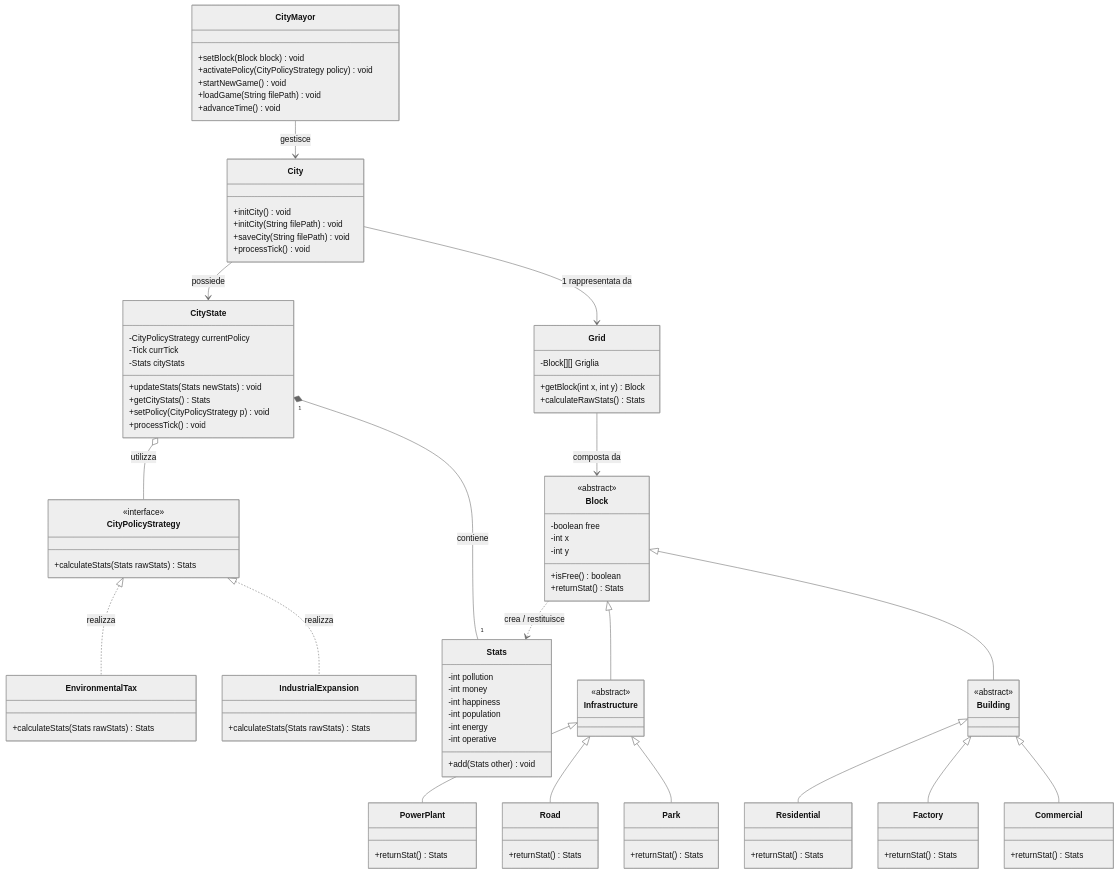
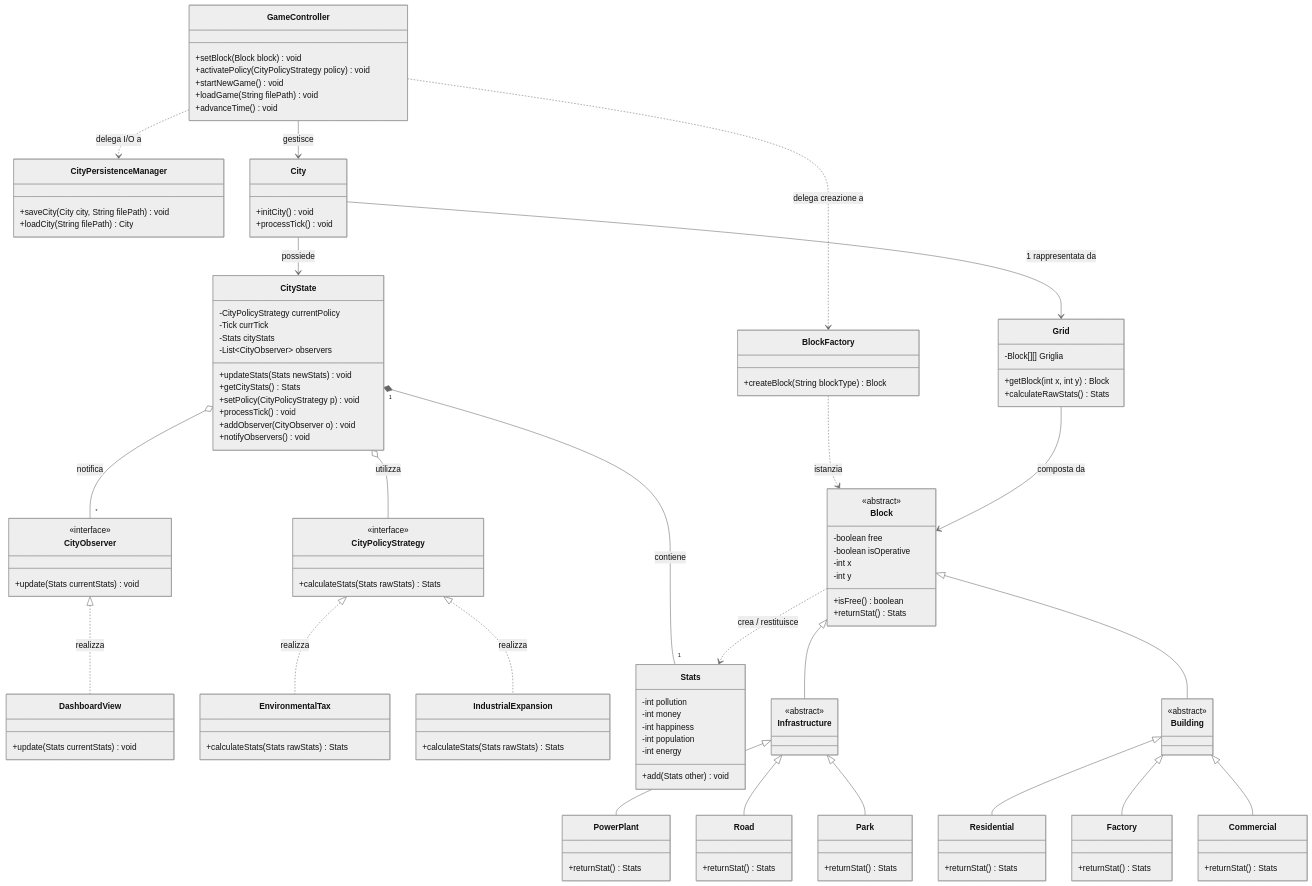
One commit to LucaGea/Amatriciana changed the diagram in design.md. Above: the diagram before and after it, drawn with Mermaid (neutral theme).

```diff
--- a/design.md
+++ b/design.md
@@ -6,8 +6,7 @@
     %% 1. DEFINIZIONE CLASSI E INTERFACCE
     %% ==========================================
 
-    
-    class CityMayor {
+    class GameController {
         +setBlock(Block block) void
         +activatePolicy(CityPolicyStrategy policy) void
         +startNewGame() void
@@ -15,20 +14,40 @@
         +advanceTime() void
     }
 
+    class BlockFactory {
+        +createBlock(String blockType) Block
+    }
+
+    class CityPersistenceManager {
+        +saveCity(City city, String filePath) void
+        +loadCity(String filePath) City
+    }
+
+    class CityObserver {
+        <<interface>>
+        +update(Stats currentStats) void
+    }
+
+    class DashboardView {
+        +update(Stats currentStats) void
+    }
+
     class City {
         +initCity() void
-        +initCity(String filePath) void
-        +saveCity(String filePath) void
         +processTick() void
     }
+    
     class CityState {
         -CityPolicyStrategy currentPolicy
         -Tick currTick
         -Stats cityStats
+        -List~CityObserver~ observers
         +updateStats(Stats newStats) void
         +getCityStats() Stats
         +setPolicy(CityPolicyStrategy p) void
         +processTick() void
+        +addObserver(CityObserver o) void
+        +notifyObservers() void
     }
 
     class CityPolicyStrategy {
@@ -53,6 +72,7 @@
     class Block {
         <<abstract>>
         -boolean free
+        -boolean isOperative
         -int x
         -int y
         +isFree() boolean
@@ -65,7 +85,6 @@
         -int happiness
         -int population
         -int energy
-        -int operative
         +add(Stats other) void
     }
 
@@ -105,10 +124,20 @@
     %% 2. RELAZIONI, ASSOCIAZIONI ED EREDITARIETÀ
     %% ==========================================
 
-    CityMayor --> City : gestisce
+    GameController --> City : gestisce
+    
+    %% Relazioni Pattern e Gestori Esterni
+    GameController ..> BlockFactory : delega creazione a
+    GameController ..> CityPersistenceManager : delega I/O a
+    BlockFactory ..> Block : istanzia
+
     City --> CityState : possiede
     City --> Grid : 1 rappresentata da
     Grid --> Block : composta da
+    
+    %% Observer Pattern
+    CityObserver <|.. DashboardView : realizza
+    CityState o-- "*" CityObserver : notifica
     
     %% CityState possiede le statistiche attuali della città
     CityState "1" *-- "1" Stats : contiene
```
